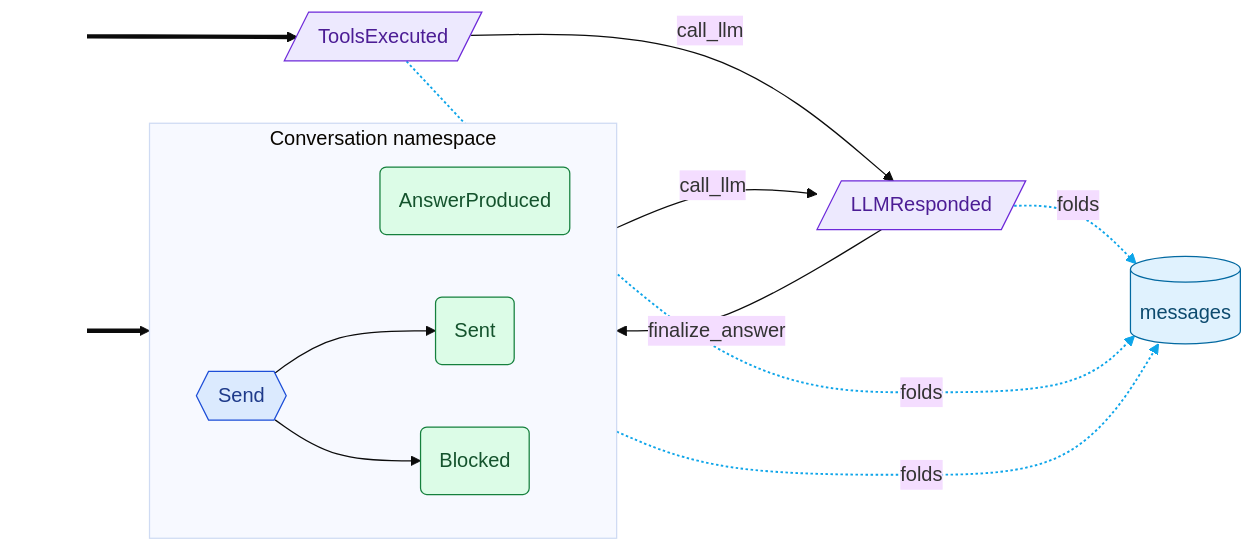
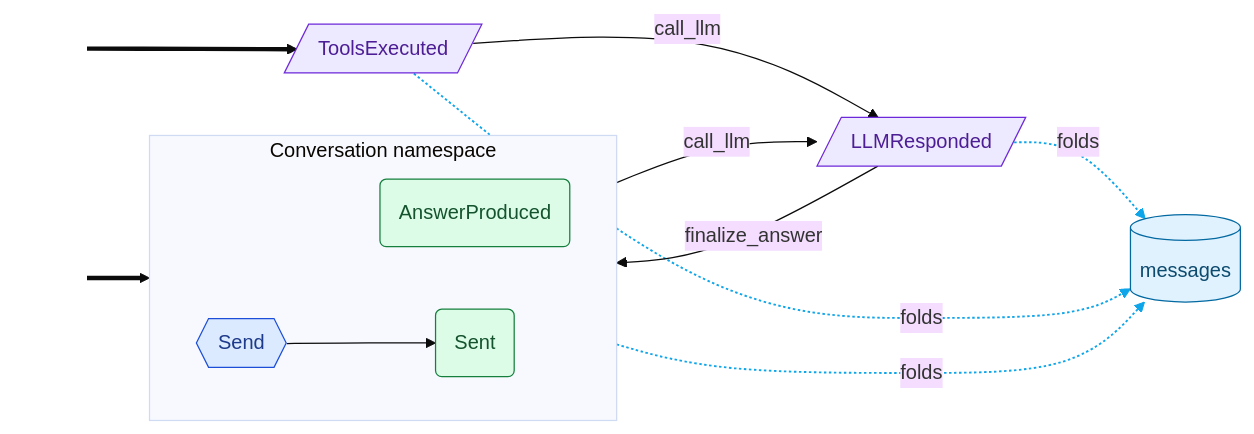
Before and after one commit to cadance-io/langgraph-events: the second of 2 diagrams in examples/conversation.graph.md, drawn with Mermaid (base theme). The commit also changed other lines of this file and 34 other files, not shown here.

````diff
--- a/examples/conversation.graph.md
+++ b/examples/conversation.graph.md
@@ -58,33 +58,30 @@
 ```mermaid
 graph LR
     classDef entry fill:none,stroke:none,color:none
     classDef cmd fill:#dbeafe,stroke:#1d4ed8,color:#1e3a8a
     classDef devt fill:#dcfce7,stroke:#15803d,color:#14532d
     classDef intg fill:#ede9fe,stroke:#6d28d9,color:#4c1d95
     classDef syst fill:#fef3c7,stroke:#b45309,color:#78350f
     classDef halt fill:#fef3c7,stroke:#b45309,color:#78350f,stroke-width:3px,stroke-dasharray:4 2
     classDef inv fill:#ffedd5,stroke:#c2410c,color:#7c2d12
     classDef reducer fill:#e0f2fe,stroke:#0369a1,color:#0c4a6e
     subgraph Conversation["Conversation namespace"]
         direction LR
         AnswerProduced(AnswerProduced):::devt
-        Blocked(Blocked):::devt
         Send{{Send}}:::cmd
         Sent(Sent):::devt
     end
     LLMResponded[/LLMResponded/]:::intg
     ToolsExecuted[/ToolsExecuted/]:::intg
     _reducer_messages[(messages)]:::reducer
     _e0_[ ]:::entry ==> Send
     _e1_[ ]:::entry ==> ToolsExecuted
     Send --> Sent
-    Send --> Blocked
     Sent -->|call_llm| LLMResponded
     ToolsExecuted -->|call_llm| LLMResponded
     LLMResponded -->|finalize_answer| AnswerProduced
     Sent -.->|folds| _reducer_messages
     LLMResponded -.->|folds| _reducer_messages
     ToolsExecuted -.->|folds| _reducer_messages
-%% Side-effect handlers: audit_trail (Event)
-    linkStyle 7,8,9 stroke:#0ea5e9,stroke-width:1.5px,stroke-dasharray:2 2
+    linkStyle 6,7,8 stroke:#0ea5e9,stroke-width:1.5px,stroke-dasharray:2 2
 ```
````
